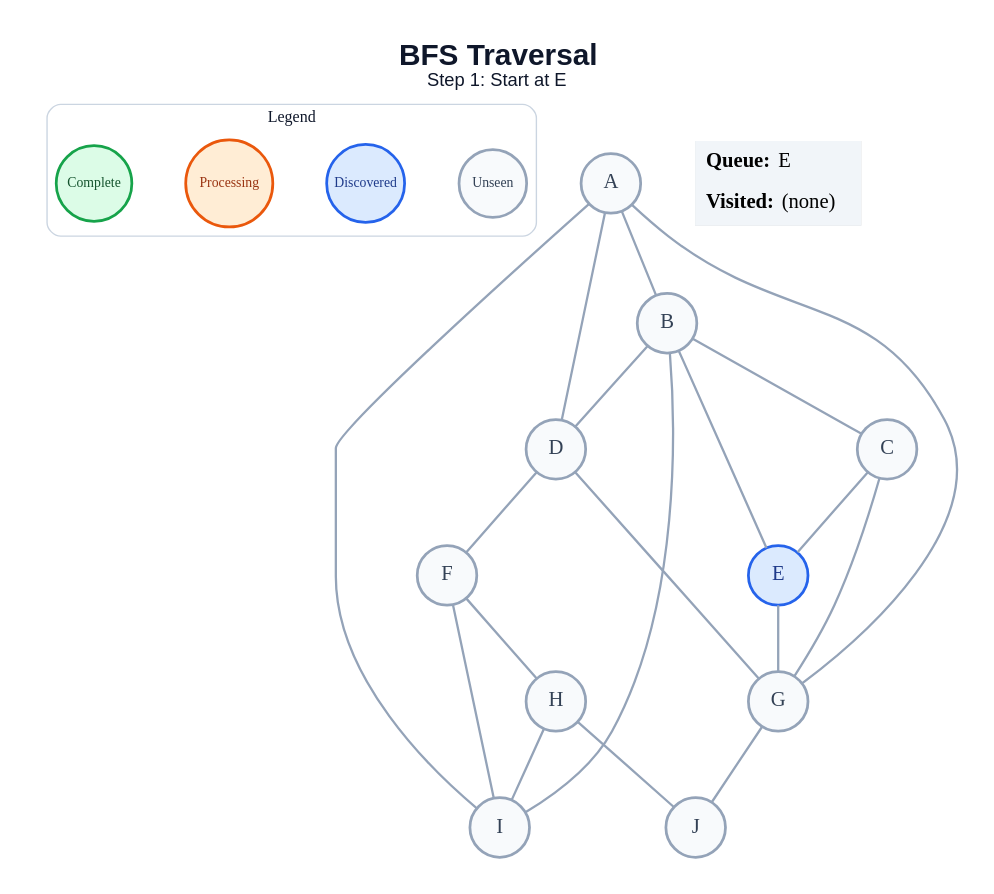
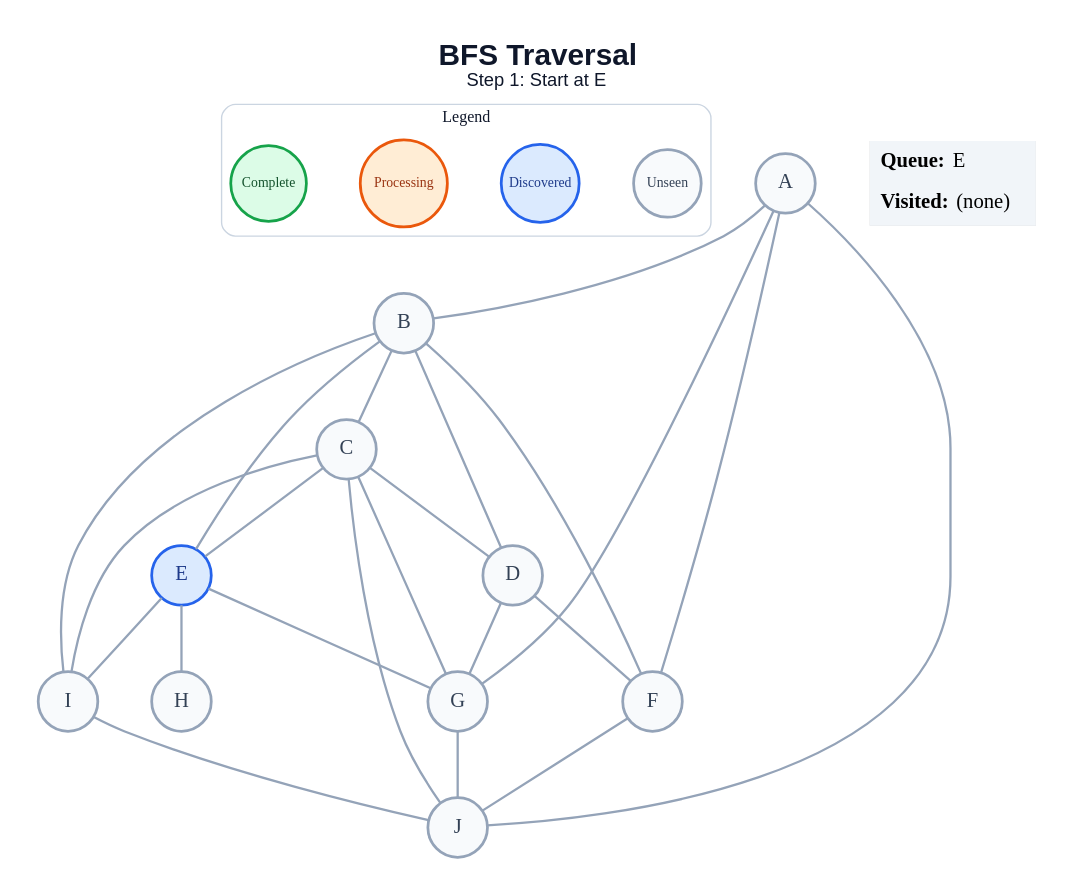
The diagram in generated/specific-node/bfs/step_01.dot (amanghodawala9/ai-slop), drawn with Graphviz before and after one commit. The commit also changed 178 other files, not shown here.

```diff
--- a/generated/specific-node/bfs/step_01.dot
+++ b/generated/specific-node/bfs/step_01.dot
@@ -1,47 +1,51 @@
 graph traversal {
   graph [layout=dot, rankdir=TB, bgcolor="#FFFFFF", pad="0.35", nodesep="0.65", ranksep="0.8", fontname="Arial"];
   node [shape=circle, style="filled", fontname="Arial Bold", fontsize=18, width=0.72, fixedsize=true, penwidth=2.4];
   edge [color="#94A3B8", penwidth=2.0];
   label=<<B>BFS Traversal</B><BR/><FONT POINT-SIZE="16">Step 1: Start at E</FONT>>; labelloc="t"; fontsize=26; fontname="Arial"; fontcolor="#0F172A";
   subgraph cluster_legend { label="Legend"; color="#CBD5E1"; penwidth=1.2; style="rounded"; fontsize=14; fontname="Arial Bold";
     key_unseen [label="Unseen", fillcolor="#F8FAFC", color="#94A3B8", fontcolor="#334155", fontsize=12, width=0.82];
     key_frontier [label="Discovered", fillcolor="#DBEAFE", color="#2563EB", fontcolor="#1E3A8A", fontsize=12, width=0.95];
     key_current [label="Processing", fillcolor="#FFEDD5", color="#EA580C", fontcolor="#9A3412", fontsize=12, width=1.05];
     key_done [label="Complete", fillcolor="#DCFCE7", color="#16A34A", fontcolor="#14532D", fontsize=12, width=0.92];
     { rank=same; key_unseen; key_frontier; key_current; key_done; }
   }
   A [fillcolor="#F8FAFC", color="#94A3B8", fontcolor="#334155"];
   B [fillcolor="#F8FAFC", color="#94A3B8", fontcolor="#334155"];
   C [fillcolor="#F8FAFC", color="#94A3B8", fontcolor="#334155"];
   D [fillcolor="#F8FAFC", color="#94A3B8", fontcolor="#334155"];
   E [fillcolor="#DBEAFE", color="#2563EB", fontcolor="#1E3A8A"];
   F [fillcolor="#F8FAFC", color="#94A3B8", fontcolor="#334155"];
   G [fillcolor="#F8FAFC", color="#94A3B8", fontcolor="#334155"];
   H [fillcolor="#F8FAFC", color="#94A3B8", fontcolor="#334155"];
   I [fillcolor="#F8FAFC", color="#94A3B8", fontcolor="#334155"];
   J [fillcolor="#F8FAFC", color="#94A3B8", fontcolor="#334155"];
   A -- B;
-  A -- D;
+  A -- F;
   A -- G;
-  A -- I;
+  A -- J;
   B -- C;
   B -- D;
   B -- E;
+  B -- F;
   B -- I;
+  C -- D;
   C -- E;
   C -- G;
+  C -- I;
+  C -- J;
   D -- F;
   D -- G;
   E -- G;
-  F -- H;
-  F -- I;
+  E -- H;
+  E -- I;
+  F -- J;
   G -- J;
-  H -- I;
-  H -- J;
+  I -- J;
   status [shape=plain, fixedsize=false, width=0, height=0, margin=0, label=<
     <TABLE BORDER="0" CELLBORDER="0" CELLPADDING="7" BGCOLOR="#F1F5F9">
       <TR><TD ALIGN="LEFT"><B>Queue:</B> E</TD></TR>
       <TR><TD ALIGN="LEFT"><B>Visited:</B> (none)</TD></TR>
     </TABLE>
   >];
 }
```
